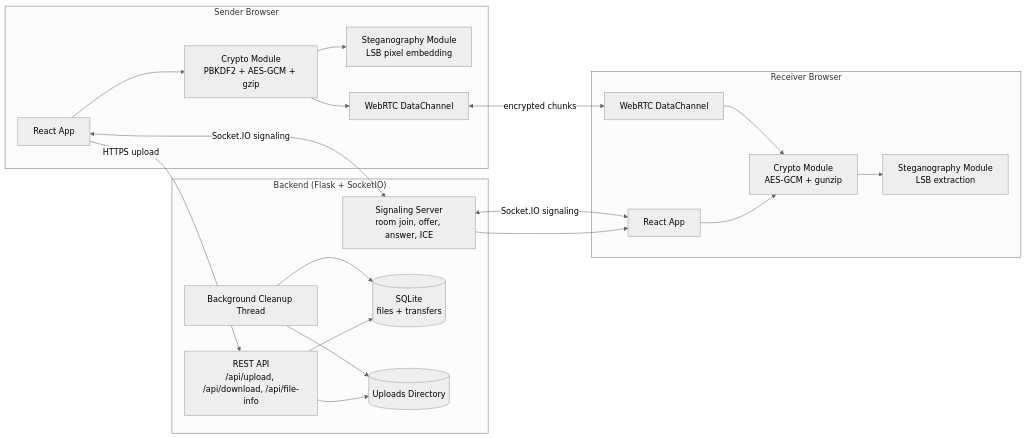
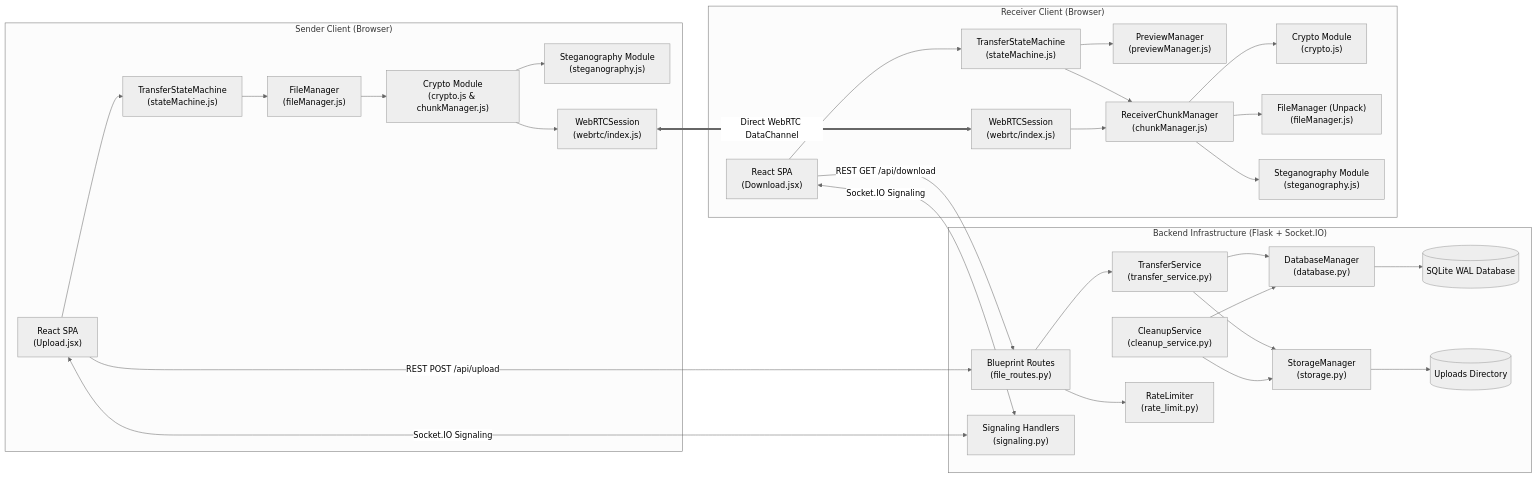
One commit to sujalkathait93-lab/filesender changed the first of 8 diagrams in README.md. Above: the diagram before and after it, drawn with Mermaid (neutral theme). The commit also changed other lines of this file and 51 other files, not shown here.

Commit message:
feat(v2.2.0): add universal 30s preview, 2GB multi-file bundling, mobile responsiveness & modular LLD architecture

````diff
--- a/README.md
+++ b/README.md
@@ -69,32 +96,47 @@
 ```mermaid
 flowchart LR
-    subgraph Sender["Sender Browser"]
-        UI1[React App] --> CR1[Crypto Module\nPBKDF2 + AES-GCM + gzip]
-        CR1 --> ST1[Steganography Module\nLSB pixel embedding]
-        CR1 --> DC1[WebRTC DataChannel]
+    subgraph Sender["Sender Client (Browser)"]
+        UI1["React SPA\n(Upload.jsx)"] --> FSM1["TransferStateMachine\n(stateMachine.js)"]
+        FSM1 --> FM1["FileManager\n(fileManager.js)"]
+        FM1 --> CRYPTO1["Crypto Module\n(crypto.js & chunkManager.js)"]
+        CRYPTO1 --> STEGO1["Steganography Module\n(steganography.js)"]
+        CRYPTO1 --> W1["WebRTCSession\n(webrtc/index.js)"]
     end
 
-    subgraph Server["Backend (Flask + SocketIO)"]
-        API[REST API\n/api/upload, /api/download, /api/file-info]
-        SIG[Signaling Server\nroom join, offer, answer, ICE]
-        DB[(SQLite\nfiles + transfers)]
-        FS[(Uploads Directory)]
-        CLN[Background Cleanup Thread]
+    subgraph Server["Backend Infrastructure (Flask + Socket.IO)"]
+        ROUTER["Blueprint Routes\n(file_routes.py)"]
+        SIG["Signaling Handlers\n(signaling.py)"]
+        TS["TransferService\n(transfer_service.py)"]
+        CS["CleanupService\n(cleanup_service.py)"]
+        RL["RateLimiter\n(rate_limit.py)"]
+        DBM["DatabaseManager\n(database.py)"]
+        SM["StorageManager\n(storage.py)"]
+        DB[(SQLite WAL Database)]
+        DISK[(Uploads Directory)]
     end
 
-    subgraph Receiver["Receiver Browser"]
-        UI2[React App] --> CR2[Crypto Module\nAES-GCM + gunzip]
-        CR2 --> ST2[Steganography Module\nLSB extraction]
-        DC2[WebRTC DataChannel] --> CR2
+    subgraph Receiver["Receiver Client (Browser)"]
+        UI2["React SPA\n(Download.jsx)"] --> FSM2["TransferStateMachine\n(stateMachine.js)"]
+        FSM2 --> PM2["PreviewManager\n(previewManager.js)"]
+        FSM2 --> RCM["ReceiverChunkManager\n(chunkManager.js)"]
+        RCM --> CRYPTO2["Crypto Module\n(crypto.js)"]
+        RCM --> FM2["FileManager (Unpack)\n(fileManager.js)"]
+        RCM --> STEGO2["Steganography Module\n(steganography.js)"]
+        W2["WebRTCSession\n(webrtc/index.js)"] --> RCM
     end
 
-    UI1 -->|HTTPS upload| API
-    API --> DB
-    API --> FS
-    CLN --> DB
-    CLN --> FS
-    UI1 <-->|Socket.IO signaling| SIG
-    UI2 <-->|Socket.IO signaling| SIG
-    DC1 <-->|encrypted chunks| DC2
-    SIG --> UI2
+    UI1 -->|REST POST /api/upload| ROUTER
+    ROUTER --> RL
+    ROUTER --> TS
+    TS --> DBM
+    TS --> SM
+    DBM --> DB
+    SM --> DISK
+    CS --> DBM
+    CS --> SM
+
+    UI1 <-->|Socket.IO Signaling| SIG
+    UI2 <-->|Socket.IO Signaling| SIG
+    W1 <===>|Direct WebRTC DataChannel| W2
+    UI2 -->|REST GET /api/download| ROUTER
 ```
````
